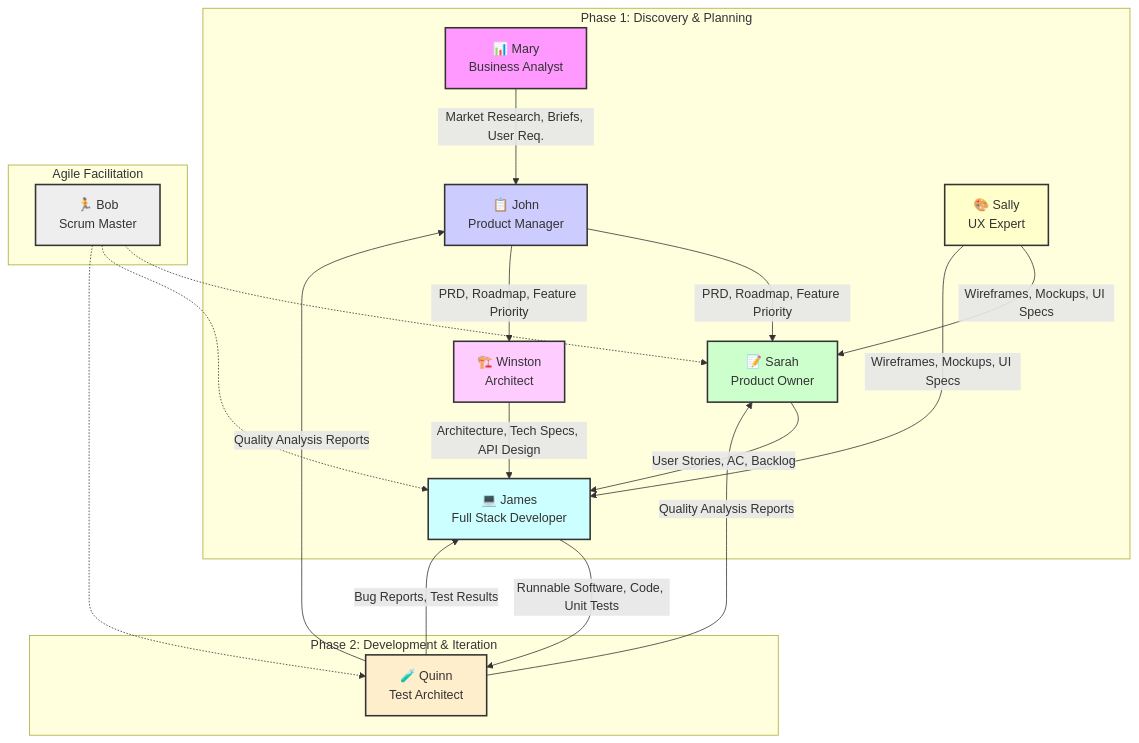
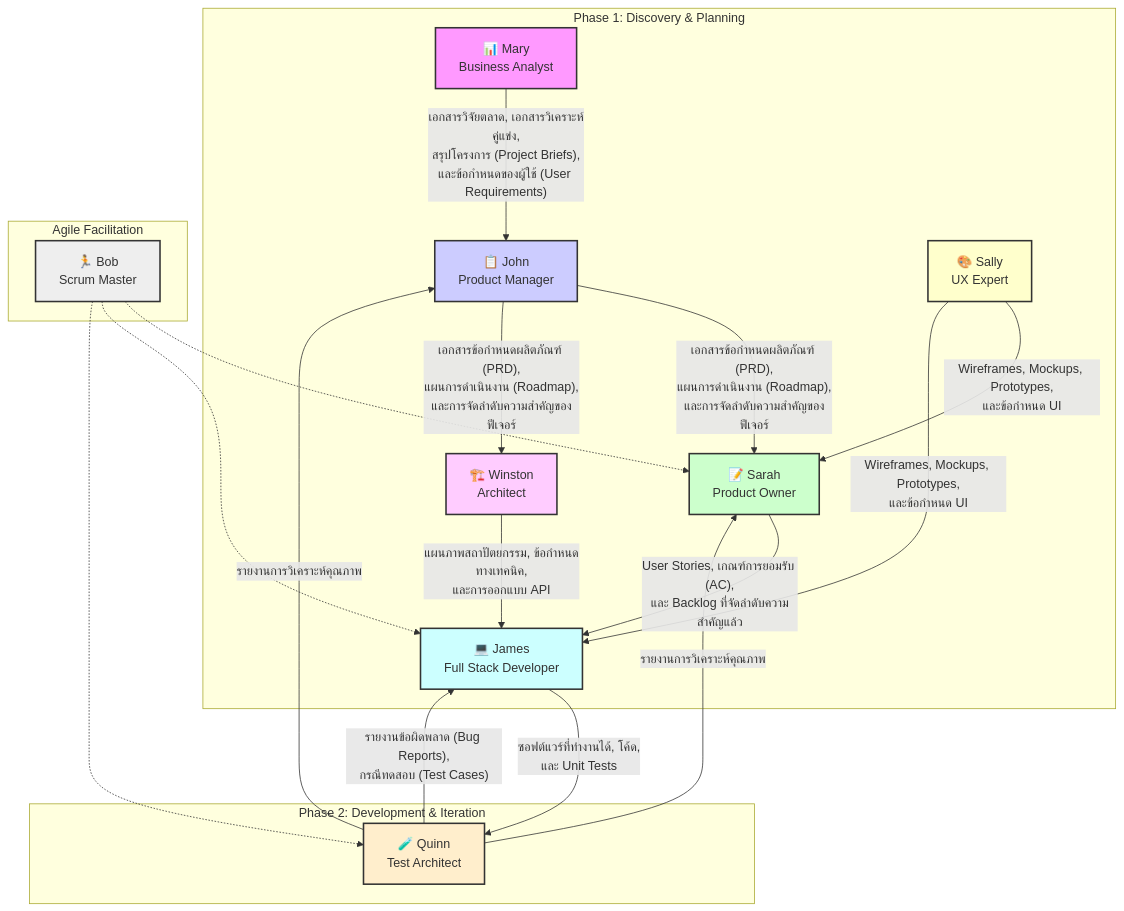
One commit to NoOM66/rich888 changed the diagram in docs/agent_guide.md. Above: the diagram before and after it, drawn with Mermaid.

Commit message:
docs: agent_guide

````diff
--- a/docs/agent_guide.md
+++ b/docs/agent_guide.md
@@ -54,35 +54,35 @@
 ```mermaid
 graph TD
     subgraph "Phase 1: Discovery & Planning"
-        A[📊 Mary <br> Business Analyst] -->|Market Research, Briefs, User Req.| B[📋 John <br> Product Manager]
-        B -->|PRD, Roadmap, Feature Priority| C[📝 Sarah <br> Product Owner]
-        B -->|PRD, Roadmap, Feature Priority| D[🏗️ Winston <br> Architect]
-        E[🎨 Sally <br> UX Expert] -->|Wireframes, Mockups, UI Specs| C
-        E -->|Wireframes, Mockups, UI Specs| F[💻 James <br> Full Stack Developer]
+        A[📊 Mary <br> Business Analyst] -->|"เอกสารวิจัยตลาด, เอกสารวิเคราะห์คู่แข่ง,<br>สรุปโครงการ (Project Briefs),<br>และข้อกำหนดของผู้ใช้ (User Requirements)"| B[📋 John <br> Product Manager]
+        B -->|"เอกสารข้อกำหนดผลิตภัณฑ์ (PRD),<br>แผนการดำเนินงาน (Roadmap),<br>และการจัดลำดับความสำคัญของฟีเจอร์"| C[📝 Sarah <br> Product Owner]
+        B -->|"เอกสารข้อกำหนดผลิตภัณฑ์ (PRD),<br>แผนการดำเนินงาน (Roadmap),<br>และการจัดลำดับความสำคัญของฟีเจอร์"| D[🏗️ Winston <br> Architect]
+        E[🎨 Sally <br> UX Expert] -->|"Wireframes, Mockups, Prototypes,<br>และข้อกำหนด UI"| C
+        E -->|"Wireframes, Mockups, Prototypes,<br>และข้อกำหนด UI"| F[💻 James <br> Full Stack Developer]
     end
 
     subgraph "Phase 2: Development & Iteration"
-        C -->|User Stories, AC, Backlog| F
-        D -->|Architecture, Tech Specs, API Design| F
-        F -->|Runnable Software, Code, Unit Tests| G[🧪 Quinn <br> Test Architect]
-        G -->|Bug Reports, Test Results| F
-        G -->|Quality Analysis Reports| C
-        G -->|Quality Analysis Reports| B
+        C -->|"User Stories, เกณฑ์การยอมรับ (AC),<br>และ Backlog ที่จัดลำดับความสำคัญแล้ว"| F
+        D -->|"แผนภาพสถาปัตยกรรม, ข้อกำหนดทางเทคนิค,<br>และการออกแบบ API"| F
+        F -->|"ซอฟต์แวร์ที่ทำงานได้, โค้ด,<br>และ Unit Tests"| G[🧪 Quinn <br> Test Architect]
+        G -->|"รายงานข้อผิดพลาด (Bug Reports),<br>กรณีทดสอบ (Test Cases)"| F
+        G -->|"รายงานการวิเคราะห์คุณภาพ"| C
+        G -->|"รายงานการวิเคราะห์คุณภาพ"| B
     end
 
     subgraph "Agile Facilitation"
          H[🏃 Bob <br> Scrum Master]
          H -.-> C
          H -.-> F
          H -.-> G
          style H fill:#eee,stroke:#333,stroke-width:2px
     end
 
     style A fill:#f9f,stroke:#333,stroke-width:2px
     style B fill:#ccf,stroke:#333,stroke-width:2px
     style C fill:#cfc,stroke:#333,stroke-width:2px
     style D fill:#fcf,stroke:#333,stroke-width:2px
     style E fill:#ffc,stroke:#333,stroke-width:2px
     style F fill:#cff,stroke:#333,stroke-width:2px
     style G fill:#fec,stroke:#333,stroke-width:2px
 ```
````
